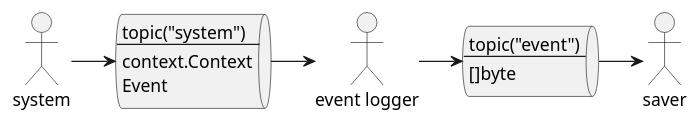
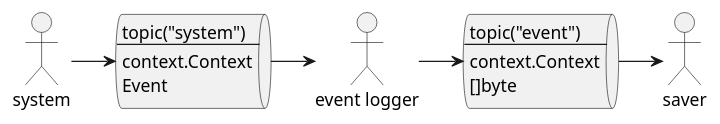
The diagram in application/event/dataflow.puml (michilu/boilerplate), drawn with PlantUML before and after one commit. The commit also changed 31 other files, not shown here.

```diff
--- a/application/event/dataflow.puml
+++ b/application/event/dataflow.puml
@@ -1,22 +1,23 @@
 @startuml
 
 queue system..event[
 topic("system")
 --
 context.Context
 Event
 ]
 
-queue event..bytes[
+queue event..byte[
 topic("event")
 --
+context.Context
 []byte
 ]
 
 actor system
 system->system..event
 system..event->:event logger:
-:event logger:->event..bytes
-event..bytes->saver
+:event logger:->event..byte
+event..byte->saver
 
 @enduml
```
